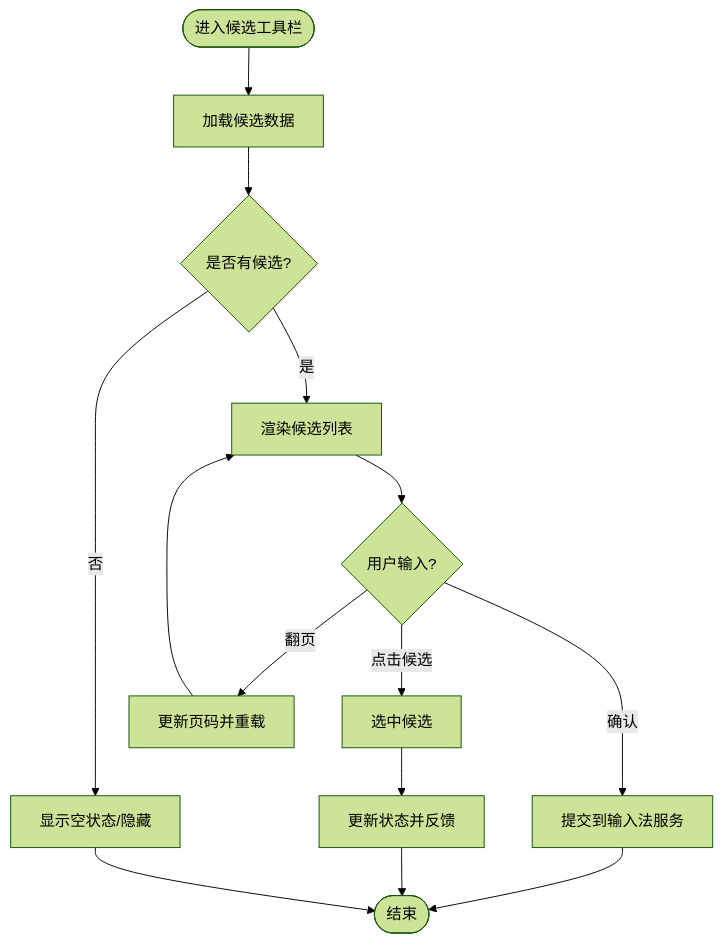
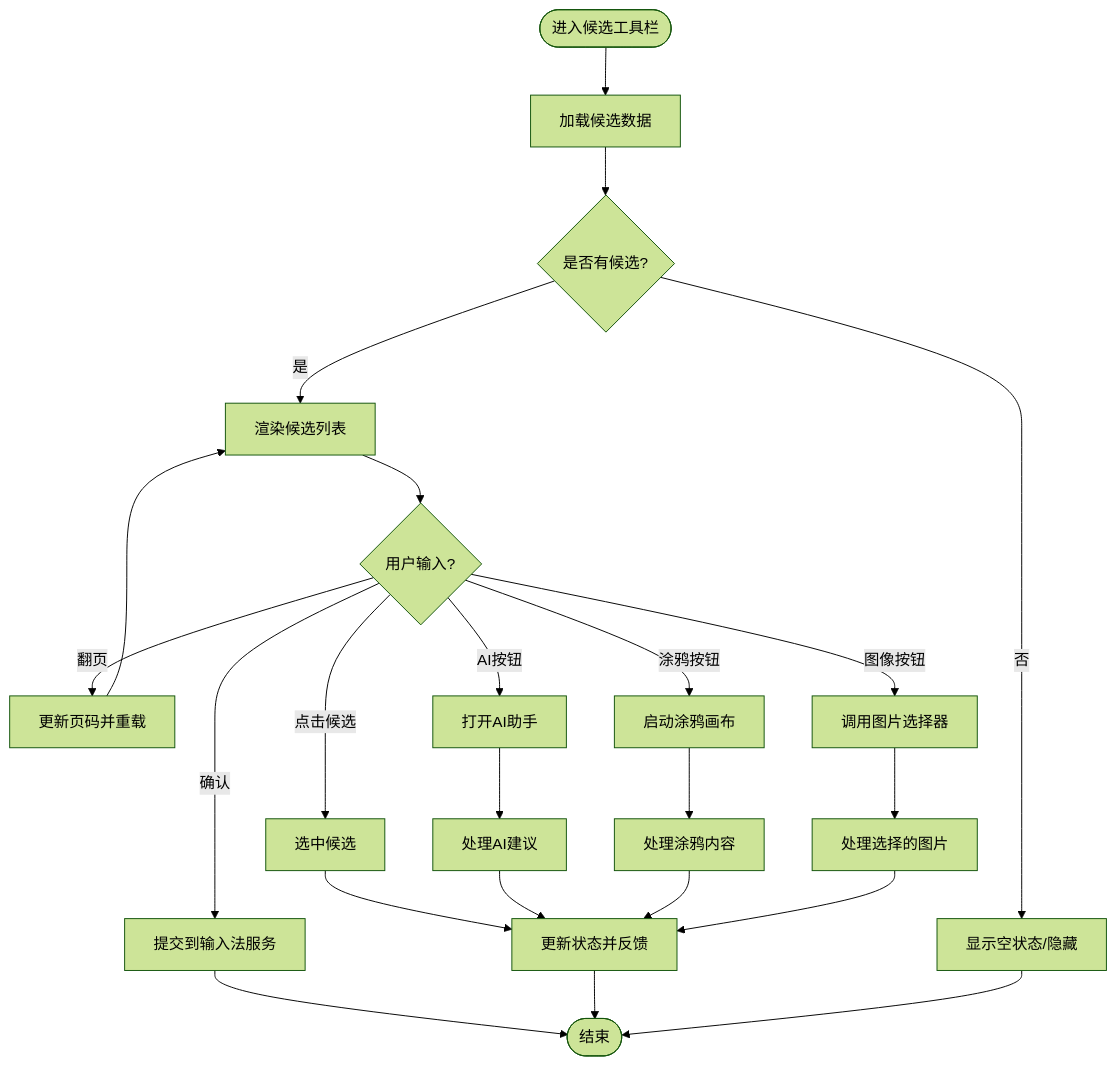
The third of 5 diagrams in .qoder/repowiki/zh/content/UI 组件/候选词工具栏视图 (CandidateToolbarView).md (qiaodashaoye/ziyou-ime), drawn with Mermaid (forest theme) before and after one commit. The commit also changed other lines of this file and 3 other files, not shown here.

````diff
--- a/.qoder/repowiki/zh/content/UI 组件/候选词工具栏视图 (CandidateToolbarView).md
+++ b/.qoder/repowiki/zh/content/UI 组件/候选词工具栏视图 (CandidateToolbarView).md
@@ -123,16 +166,25 @@
 ```mermaid
 flowchart TD
 Start(["进入候选工具栏"]) --> LoadCandidates["加载候选数据"]
 LoadCandidates --> HasCandidates{"是否有候选?"}
 HasCandidates --> |否| ShowEmpty["显示空状态/隐藏"]
 HasCandidates --> |是| Render["渲染候选列表"]
 Render --> HandleInput{"用户输入?"}
 HandleInput --> |点击候选| Select["选中候选"]
 HandleInput --> |翻页| Page["更新页码并重载"]
 HandleInput --> |确认| Commit["提交到输入法服务"]
+HandleInput --> |AI按钮| OpenAI["打开AI助手"]
+HandleInput --> |涂鸦按钮| OpenDoodle["启动涂鸦画布"]
+HandleInput --> |图像按钮| OpenImage["调用图片选择器"]
 Select --> UpdateState["更新状态并反馈"]
 Page --> Render
 Commit --> End(["结束"])
+OpenAI --> AIProcess["处理AI建议"]
+OpenDoodle --> DoodleProcess["处理涂鸦内容"]
+OpenImage --> ImageProcess["处理选择的图片"]
+AIProcess --> UpdateState
+DoodleProcess --> UpdateState
+ImageProcess --> UpdateState
 UpdateState --> End
 ShowEmpty --> End
 ```
````
